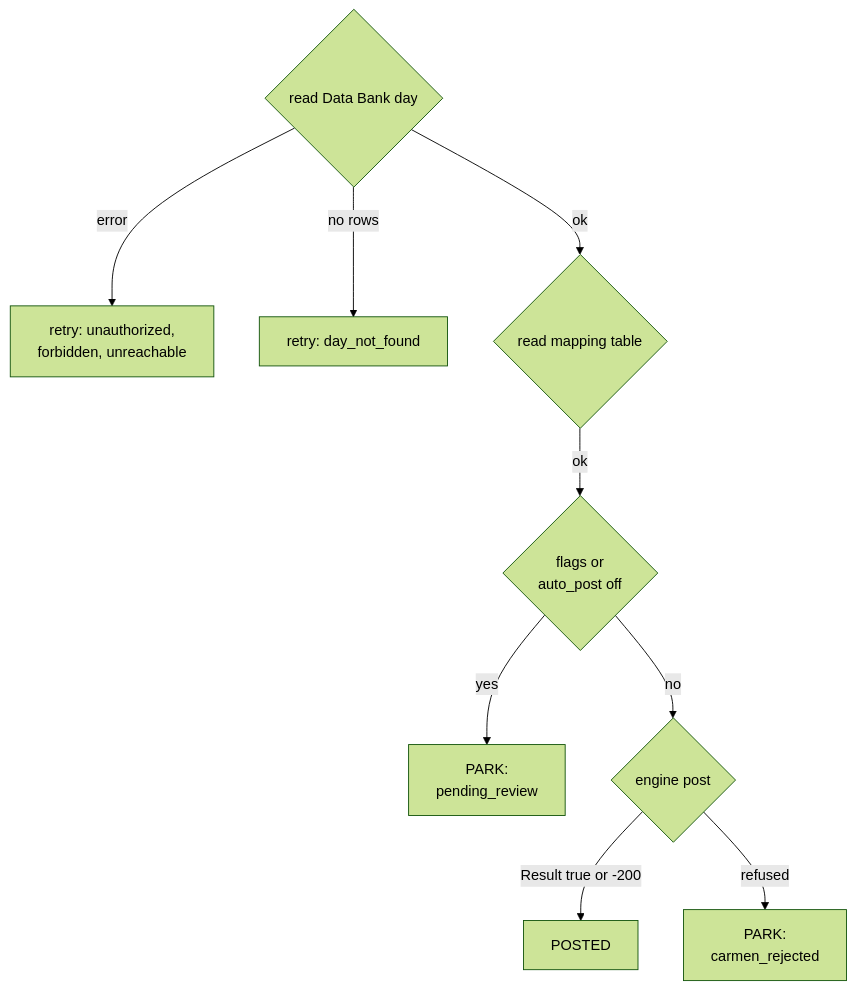
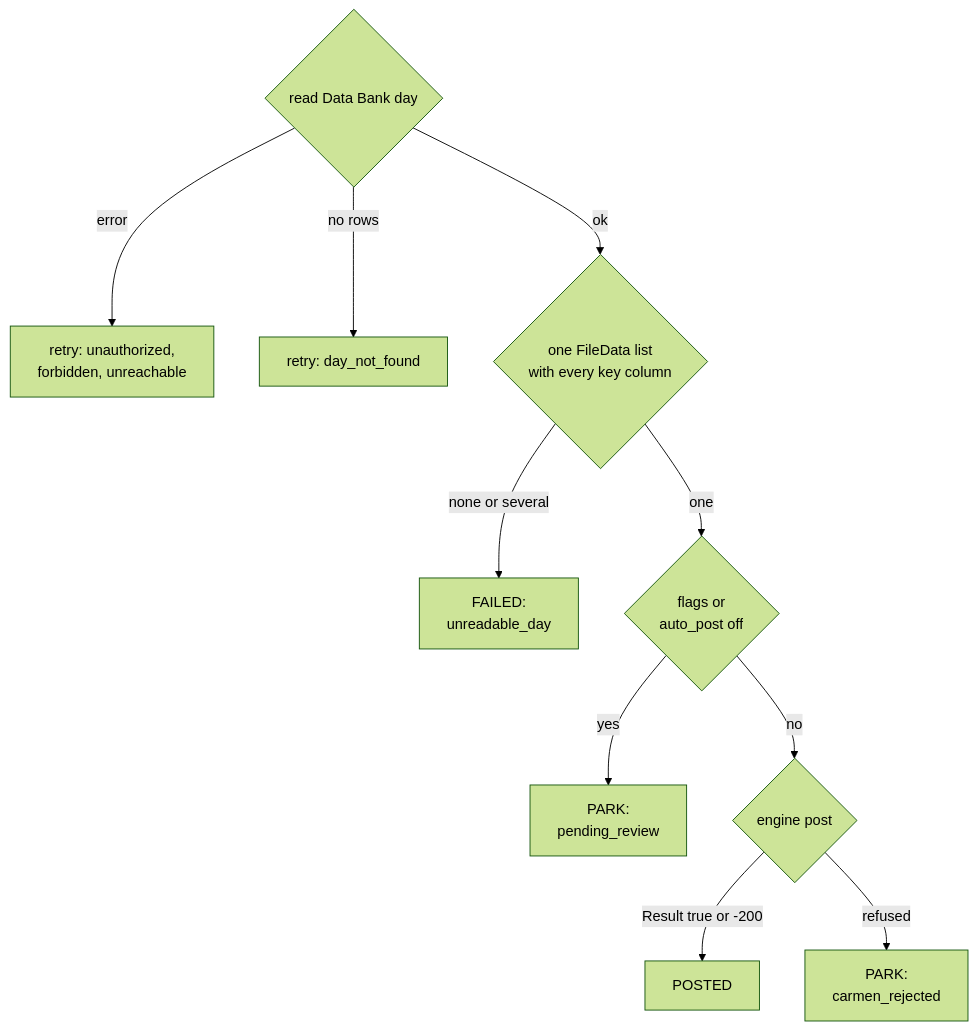
The eighth of 10 diagrams in docs/frd/FRD-11-pms-interface.md (developer-carmensoftware/OCR), drawn with Mermaid (forest theme) before and after one commit. The commit also changed other lines of this file and 2 other files, not shown here.

````diff
--- a/docs/frd/FRD-11-pms-interface.md
+++ b/docs/frd/FRD-11-pms-interface.md
@@ -374,11 +376,12 @@
 ```mermaid 8.4b | Reading the day, then park or post
 flowchart TB
     G{read Data Bank day} -->|error| R4[retry: unauthorized,<br/>forbidden, unreachable]
     G -->|no rows| R5[retry: day_not_found]
-    G -->|ok| H{read mapping table}
-    H -->|ok| I{flags or<br/>auto_post off}
+    G -->|ok| H{one FileData list<br/>with every key column}
+    H -->|none or several| F2[FAILED:<br/>unreadable_day]
+    H -->|one| I{flags or<br/>auto_post off}
     I -->|yes| PK[PARK:<br/>pending_review]
     I -->|no| J{engine post}
     J -->|Result true or -200| PO[POSTED]
     J -->|refused| PR[PARK:<br/>carmen_rejected]
 ```
````
